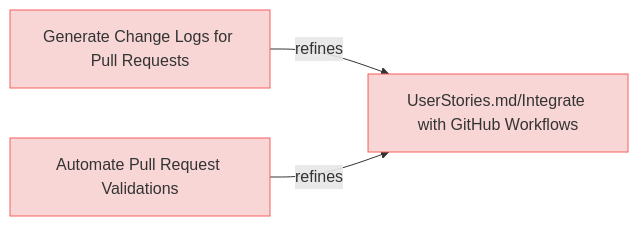
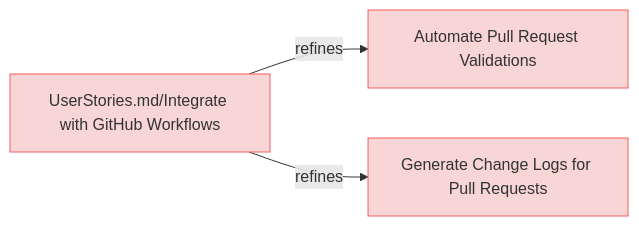
The fourth of 9 diagrams in specifications/UserRequirements.md (reqvire-org/reqvire), drawn with Mermaid before and after one commit. The commit also changed other lines of this file and 20 other files, not shown here.

````diff
--- a/specifications/UserRequirements.md
+++ b/specifications/UserRequirements.md
@@ -329,20 +329,20 @@
 ```mermaid
 graph LR;
   %% Graph styling
   classDef requirement fill:#f9d6d6,stroke:#f55f5f,stroke-width:1px;
   classDef verification fill:#d6f9d6,stroke:#5fd75f,stroke-width:1px;
   classDef externalLink fill:#d0e0ff,stroke:#3080ff,stroke-width:1px;
   classDef default fill:#f5f5f5,stroke:#333333,stroke-width:1px;
 
-  efa1cab60b058344["Generate Change Logs for Pull Requests"];
-  click efa1cab60b058344 "https://github.com/Reqvire/reqvire/blob/30536324899084e88969175e3613c971ffa6e108/specifications/UserRequirements.md#generate-change-logs-for-pull-requests";
-  class efa1cab60b058344 requirement;
+  b41f362e18fb2449["Automate Pull Request Validations"];
+  click b41f362e18fb2449 "https://github.com/Reqvire/reqvire/blob/667635d4628fed400323f7df3689af2dbc2ad666/specifications/UserRequirements.md#automate-pull-request-validations";
+  class b41f362e18fb2449 requirement;
   1563f8454019c887["UserStories.md/Integrate with GitHub Workflows"];
   class 1563f8454019c887 requirement;
-  click 1563f8454019c887 "https://github.com/Reqvire/reqvire/blob/30536324899084e88969175e3613c971ffa6e108/specifications/UserStories.md#integrate-with-github-workflows";
-  efa1cab60b058344 -->|refines| 1563f8454019c887;
-  b41f362e18fb2449["Automate Pull Request Validations"];
-  click b41f362e18fb2449 "https://github.com/Reqvire/reqvire/blob/30536324899084e88969175e3613c971ffa6e108/specifications/UserRequirements.md#automate-pull-request-validations";
-  class b41f362e18fb2449 requirement;
-  b41f362e18fb2449 -->|refines| 1563f8454019c887;
+  click 1563f8454019c887 "https://github.com/Reqvire/reqvire/blob/667635d4628fed400323f7df3689af2dbc2ad666/specifications/UserStories.md#integrate-with-github-workflows";
+  1563f8454019c887 -->|refines| b41f362e18fb2449;
+  efa1cab60b058344["Generate Change Logs for Pull Requests"];
+  click efa1cab60b058344 "https://github.com/Reqvire/reqvire/blob/667635d4628fed400323f7df3689af2dbc2ad666/specifications/UserRequirements.md#generate-change-logs-for-pull-requests";
+  class efa1cab60b058344 requirement;
+  1563f8454019c887 -->|refines| efa1cab60b058344;
 ```
````
